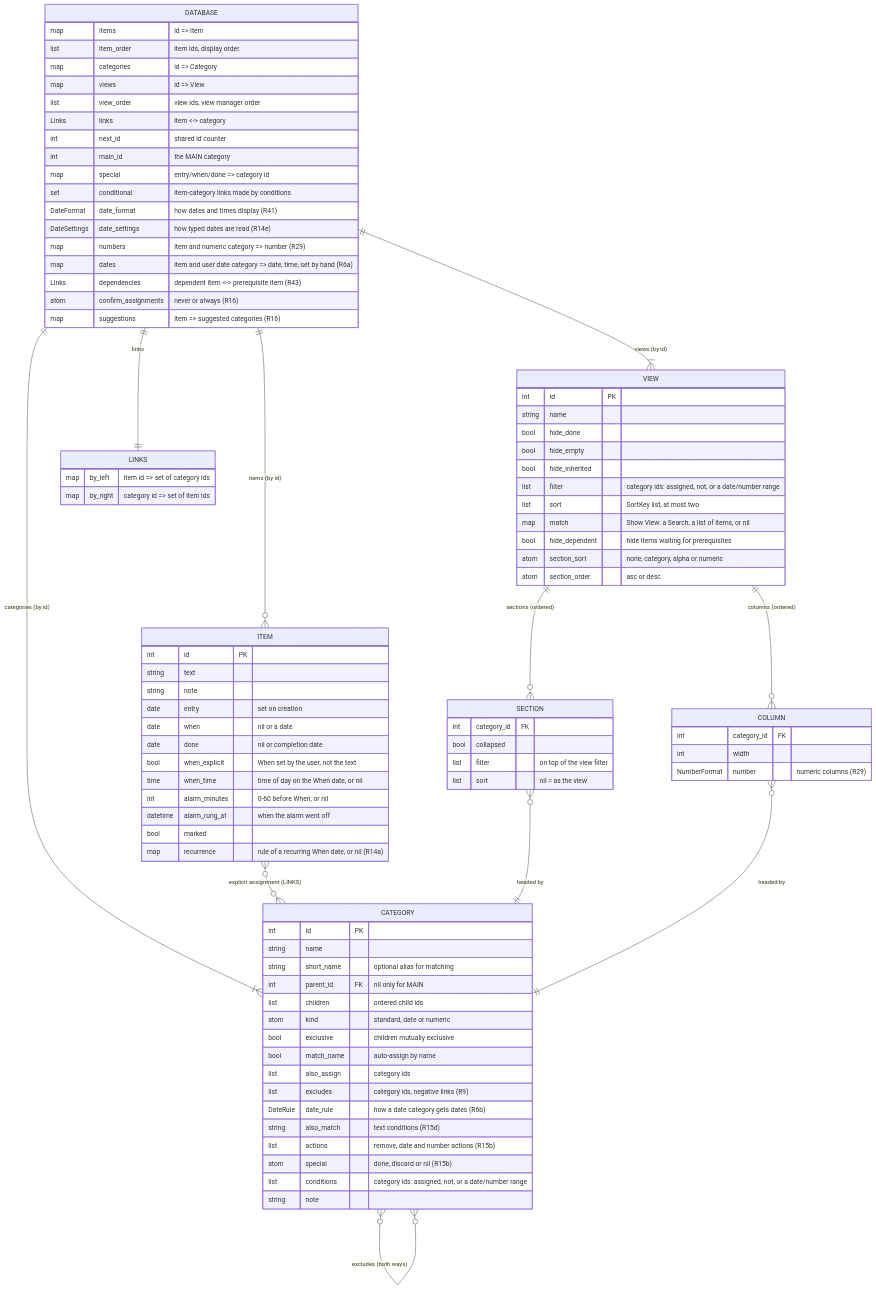
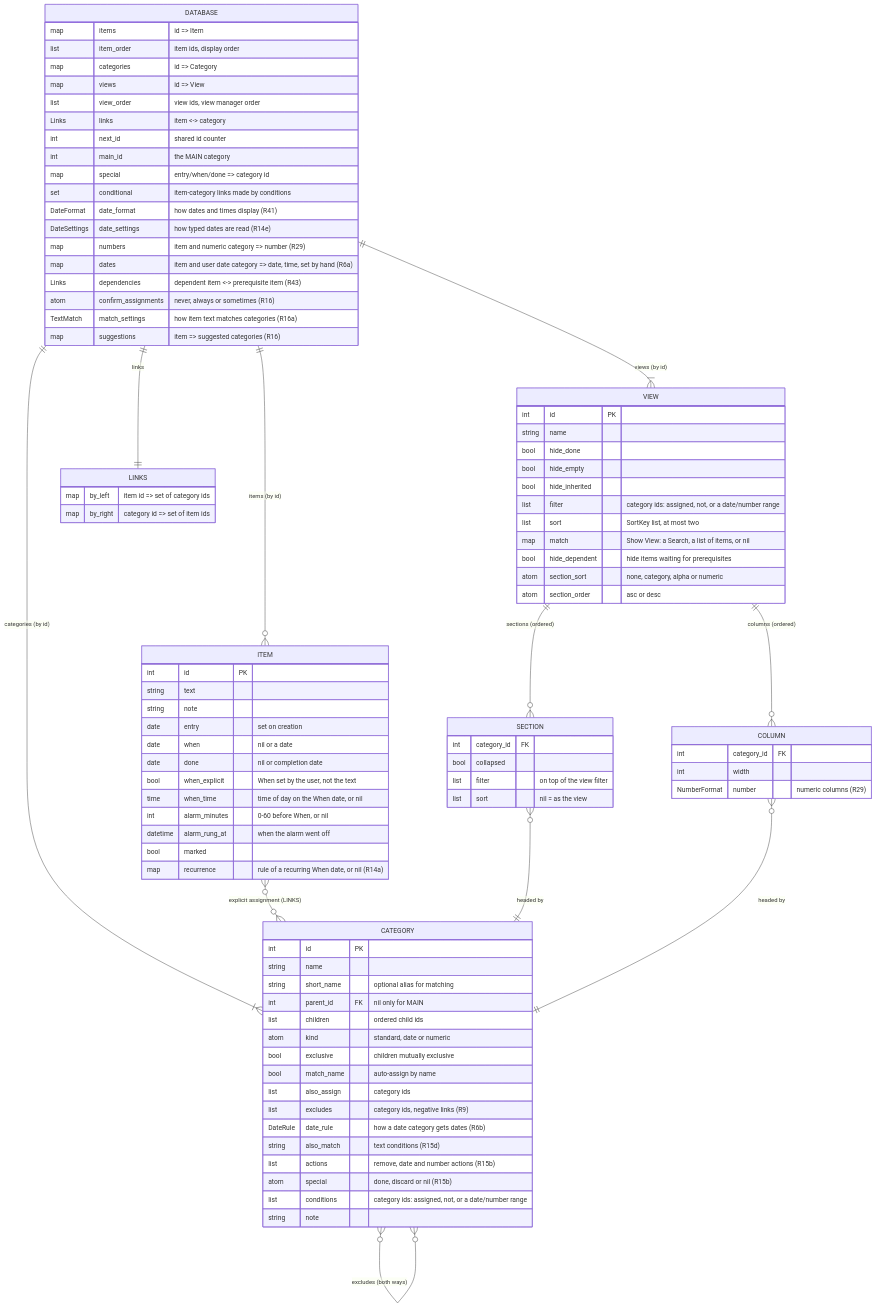
One commit to jamting/agendum changed the first of 6 diagrams in docs/DATA_MODEL.md. Above: the diagram before and after it, drawn with Mermaid. The commit also changed other lines of this file and 24 other files, not shown here.

First line of the commit message:
Add Agenda's text matching settings

```diff
--- a/docs/DATA_MODEL.md
+++ b/docs/DATA_MODEL.md
@@ -40,7 +40,8 @@
         map numbers "item and numeric category => number (R29)"
         map dates "item and user date category => date, time, set by hand (R6a)"
         Links dependencies "dependent item <-> prerequisite item (R43)"
-        atom confirm_assignments "never or always (R16)"
+        atom confirm_assignments "never, always or sometimes (R16)"
+        TextMatch match_settings "how item text matches categories (R16a)"
         map suggestions "item => suggested categories (R16)"
     }
     ITEM {
```
